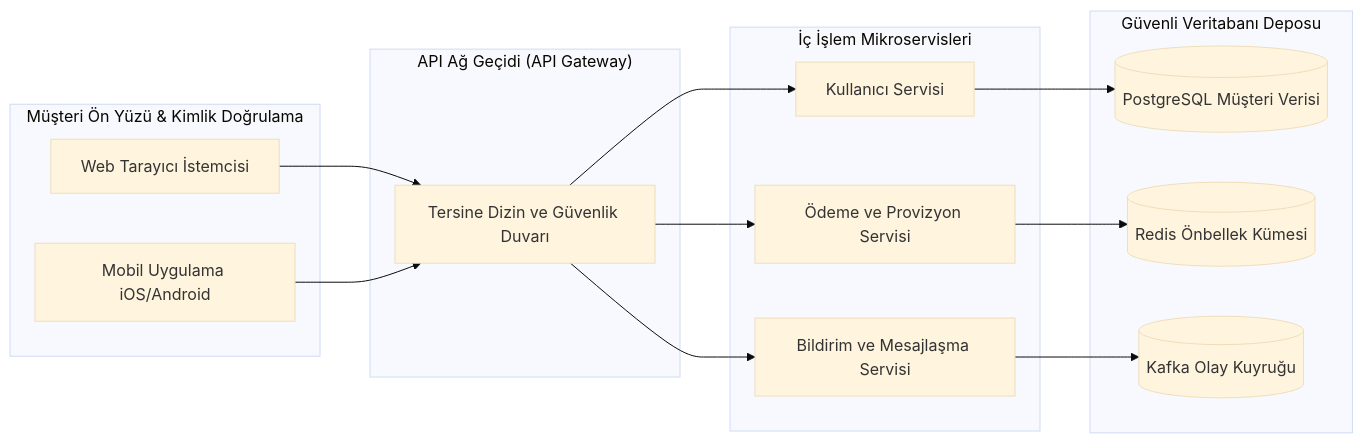
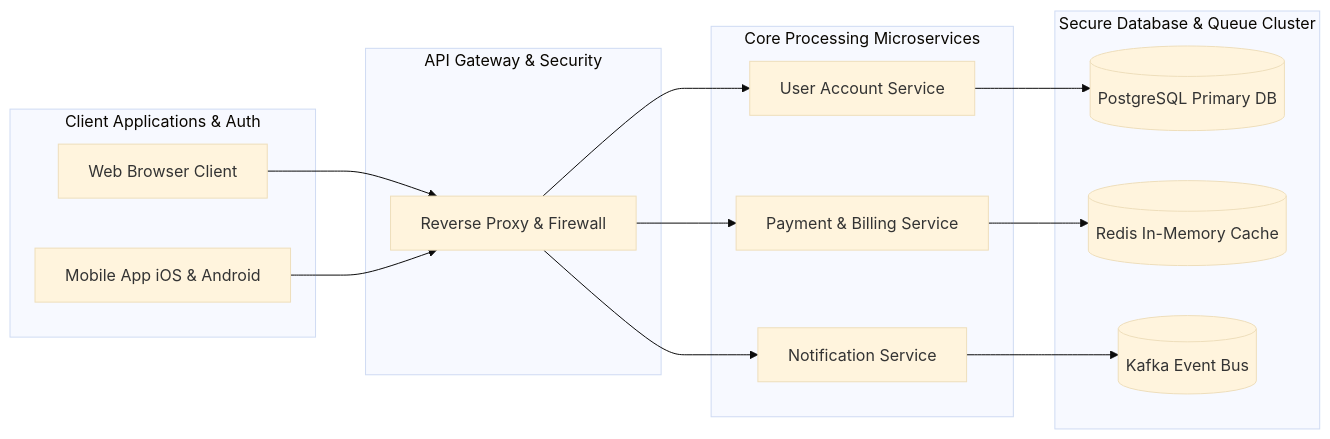
Before and after one commit to enginciftci/mermaid-to-vsdx: the diagram in sample_subgraphs.mmd, drawn with Mermaid (base theme). The commit also changed 15 other files, not shown here.

Commit message:
feat: remove UML, ER, and sequence diagram examples, localize remaining examples and gallery to English

```diff
--- a/sample_subgraphs.mmd
+++ b/sample_subgraphs.mmd
@@ -1,30 +1,30 @@
 flowchart LR
-    subgraph MUSTERI_PANELI ["Müşteri Ön Yüzü & Kimlik Doğrulama"]
-        A[Web Tarayıcı İstemcisi]
-        B[Mobil Uygulama iOS/Android]
+    subgraph CLIENT_TIER ["Client Applications & Auth"]
+        A[Web Browser Client]
+        B[Mobile App iOS & Android]
     end
 
-    subgraph AG_GECIDI ["API Ağ Geçidi (API Gateway)"]
-        GW[Tersine Dizin ve Güvenlik Duvarı]
+    subgraph API_GATEWAY ["API Gateway & Security"]
+        GW[Reverse Proxy & Firewall]
     end
 
-    subgraph MIKROSERVISLER ["İç İşlem Mikroservisleri"]
-        S1[Kullanıcı Servisi]
-        S2[Ödeme ve Provizyon Servisi]
-        S3[Bildirim ve Mesajlaşma Servisi]
+    subgraph SERVICES ["Core Processing Microservices"]
+        S1[User Account Service]
+        S2[Payment & Billing Service]
+        S3[Notification Service]
     end
 
-    subgraph VERI_KATMANI ["Güvenli Veritabanı Deposu"]
-        DB1[(PostgreSQL Müşteri Verisi)]
-        DB2[(Redis Önbellek Kümesi)]
-        DB3[(Kafka Olay Kuyruğu)]
+    subgraph DATA_LAYER ["Secure Database & Queue Cluster"]
+        DB1[(PostgreSQL Primary DB)]
+        DB2[(Redis In-Memory Cache)]
+        DB3[(Kafka Event Bus)]
     end
 
     A --> GW
     B --> GW
     GW --> S1
     GW --> S2
     GW --> S3
     S1 --> DB1
     S2 --> DB2
     S3 --> DB3
```
